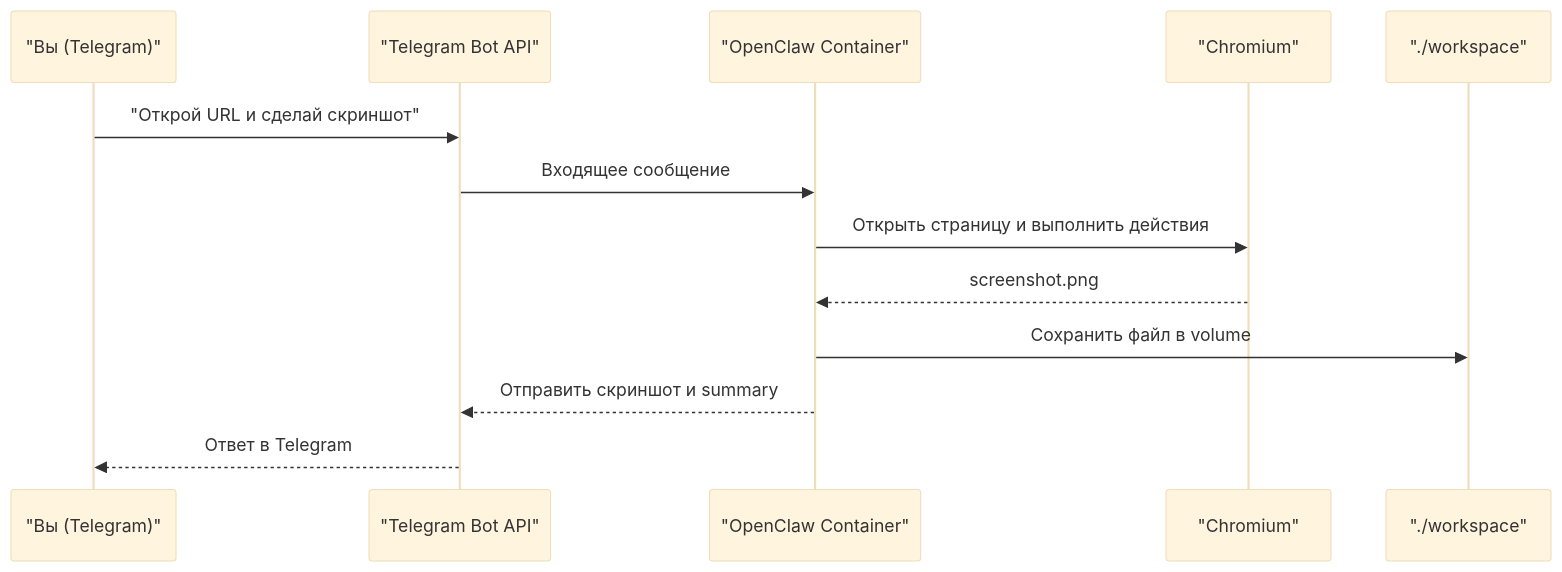
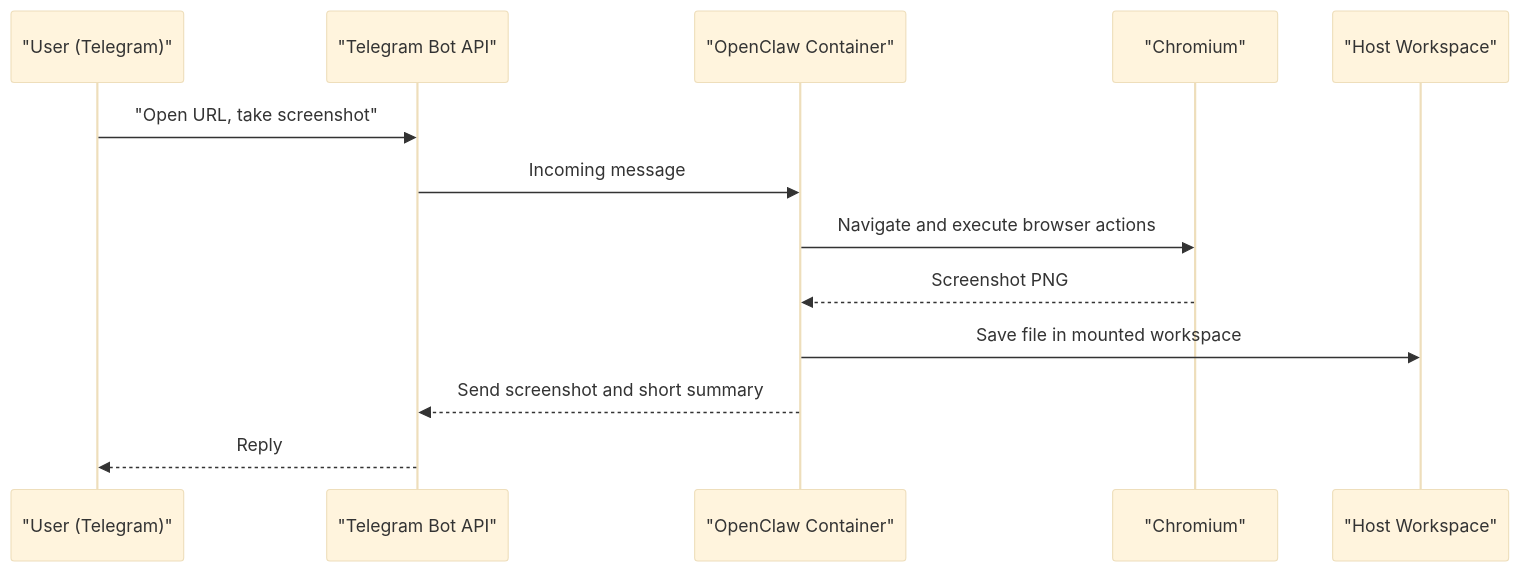
One commit to RuslanLizogub/openclaw-docker-sandbox changed the second of 2 diagrams in README.md. Above: the diagram before and after it, drawn with Mermaid (base theme). The commit also changed other lines of this file and 5 other files, not shown here.

````diff
--- a/README.md
+++ b/README.md
@@ -99,16 +79,16 @@
 ```mermaid
 sequenceDiagram
-  participant U as "Вы (Telegram)"
+  participant U as "User (Telegram)"
   participant T as "Telegram Bot API"
   participant O as "OpenClaw Container"
   participant B as "Chromium"
-  participant W as "./workspace"
+  participant W as "Host Workspace"
 
-  U->>T: "Открой URL и сделай скриншот"
-  T->>O: Входящее сообщение
-  O->>B: Открыть страницу и выполнить действия
-  B-->>O: screenshot.png
-  O->>W: Сохранить файл в volume
-  O-->>T: Отправить скриншот и summary
-  T-->>U: Ответ в Telegram
+  U->>T: "Open URL, take screenshot"
+  T->>O: Incoming message
+  O->>B: Navigate and execute browser actions
+  B-->>O: Screenshot PNG
+  O->>W: Save file in mounted workspace
+  O-->>T: Send screenshot and short summary
+  T-->>U: Reply
 ```
````
